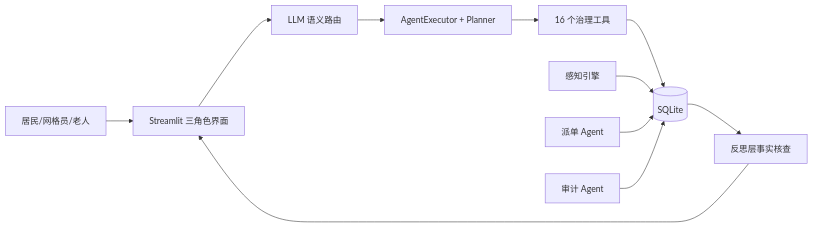
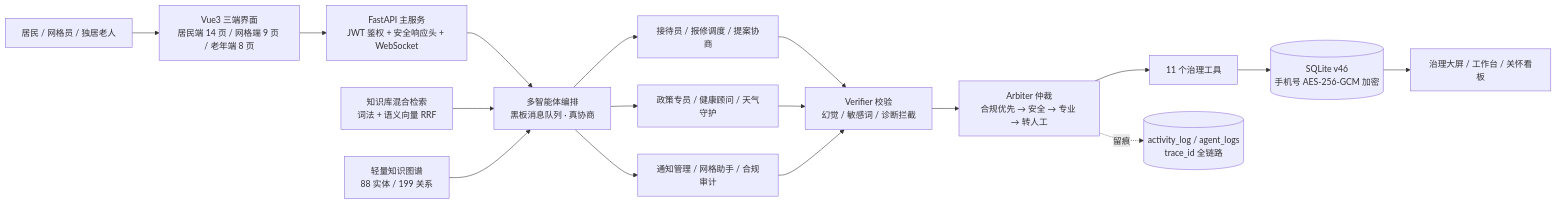
The diagram in docs/competition/创意说明书-提交版.md (woshuofengsu/campus-insight-agent), drawn with Mermaid before and after one commit. The commit also changed other lines of this file and 16 other files, not shown here.

````diff
--- a/docs/competition/创意说明书-提交版.md
+++ b/docs/competition/创意说明书-提交版.md
@@ -99,13 +100,17 @@
 ```mermaid
 flowchart LR
-    U[居民/网格员/老人] --> UI[Streamlit 三角色界面]
-    UI --> R[LLM 语义路由]
-    R --> E[AgentExecutor + Planner]
-    E --> T[16 个治理工具]
-    T --> DB[(SQLite)]
-    P[感知引擎] --> DB
-    DB --> F[反思层事实核查]
-    F --> UI
-    D[派单 Agent] --> DB
-    A[审计 Agent] --> DB
+    U[居民 / 网格员 / 独居老人] --> UI[Vue3 三端界面<br/>居民端 14 页 / 网格端 9 页 / 老年端 8 页]
+    UI --> API[FastAPI 主服务<br/>JWT 鉴权 + 安全响应头 + WebSocket]
+    API --> O[多智能体编排<br/>黑板消息队列 · 真协商]
+    O --> A1[接待员 / 报修调度 / 提案协商]
+    O --> A2[政策专员 / 健康顾问 / 天气守护]
+    O --> A3[通知管理 / 网格助手 / 合规审计]
+    A1 & A2 & A3 --> V[Verifier 校验<br/>幻觉 / 敏感词 / 诊断拦截]
+    V --> AR[Arbiter 仲裁<br/>合规优先 → 安全 → 专业 → 转人工]
+    AR --> T[11 个治理工具]
+    T --> DB[(SQLite v46<br/>手机号 AES-256-GCM 加密)]
+    KB[知识库混合检索<br/>词法 + 语义向量 RRF] --> O
+    KG[轻量知识图谱<br/>88 实体 / 199 关系] --> O
+    DB --> S[治理大屏 / 工作台 / 关怀看板]
+    AR -.留痕.-> LOG[(activity_log / agent_logs<br/>trace_id 全链路)]
 ```
````
